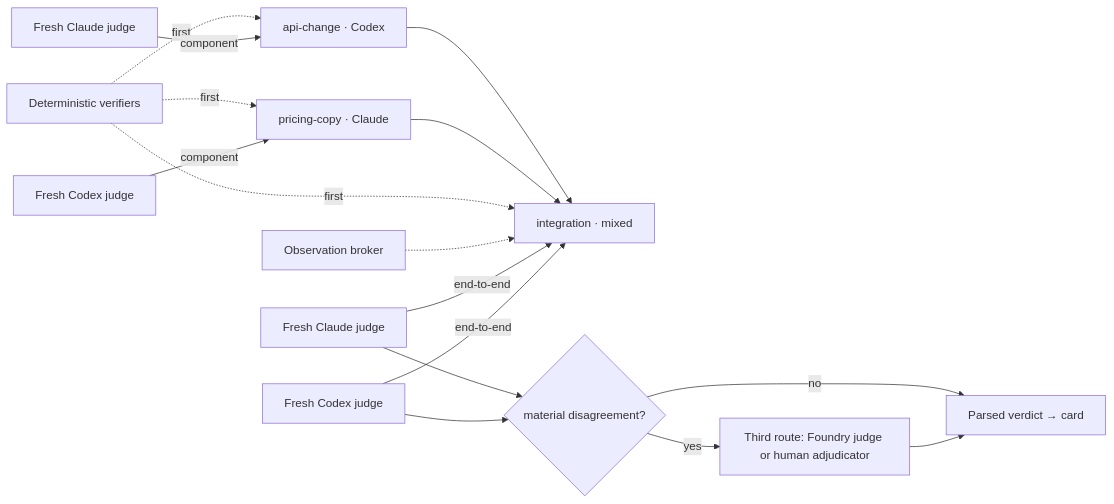
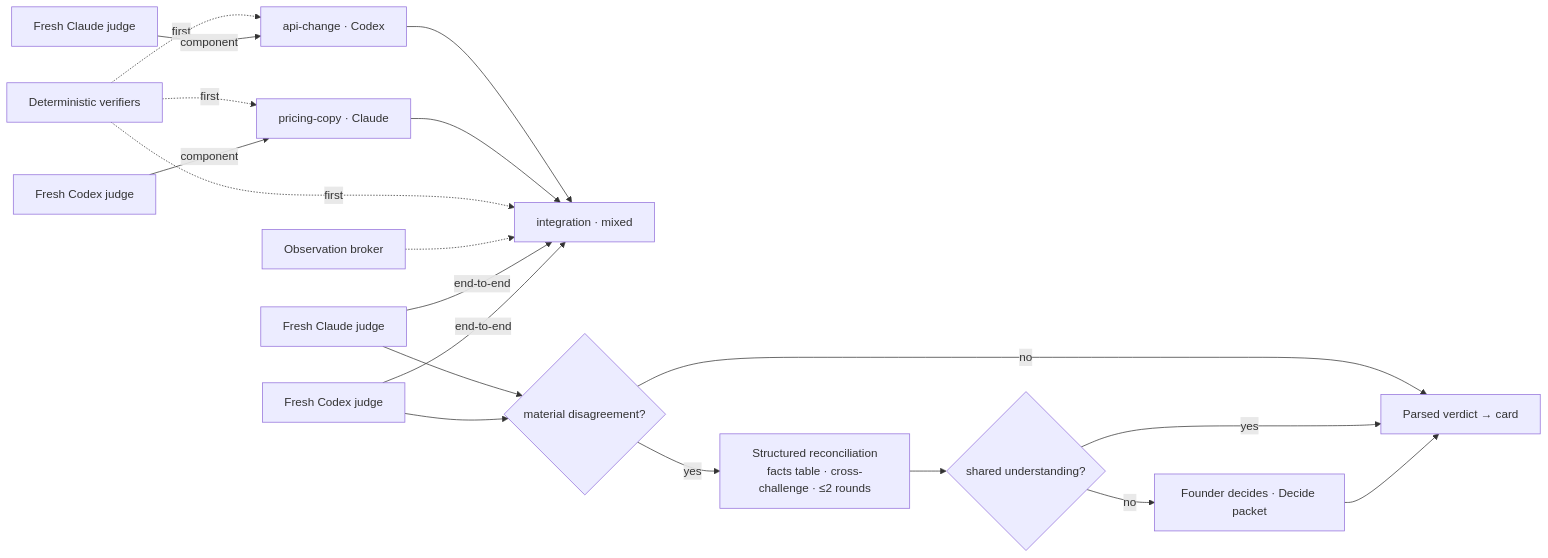
Before and after one commit to Adam077K/agentvibe: the second of 4 diagrams in docs/vision-v3/09b-ECONOMICS-EVALS-SIM-IMPROVEMENT.md, drawn with Mermaid. The commit also changed other lines of this file and 15 other files, not shown here.

````diff
--- a/docs/vision-v3/09b-ECONOMICS-EVALS-SIM-IMPROVEMENT.md
+++ b/docs/vision-v3/09b-ECONOMICS-EVALS-SIM-IMPROVEMENT.md
@@ -495,14 +495,16 @@
 ```mermaid
 flowchart LR
   A[api-change · Codex] --> I[integration · mixed]
   P[pricing-copy · Claude] --> I
   D[Deterministic verifiers] -.first.-> A & P & I
   O[Observation broker] -.-> I
   JA[Fresh Claude judge] -->|component| A
   JP[Fresh Codex judge] -->|component| P
   JE1[Fresh Claude judge] -->|end-to-end| I
   JE2[Fresh Codex judge] -->|end-to-end| I
   JE1 & JE2 --> M{material disagreement?}
   M -->|no| V[Parsed verdict → card]
-  M -->|yes| T[Third route: Foundry judge or human adjudicator] --> V
+  M -->|yes| R[Structured reconciliation<br/>facts table · cross-challenge · ≤2 rounds] --> S{shared understanding?}
+  S -->|yes| V
+  S -->|no| F[Founder decides · Decide packet] --> V
 ```
````
